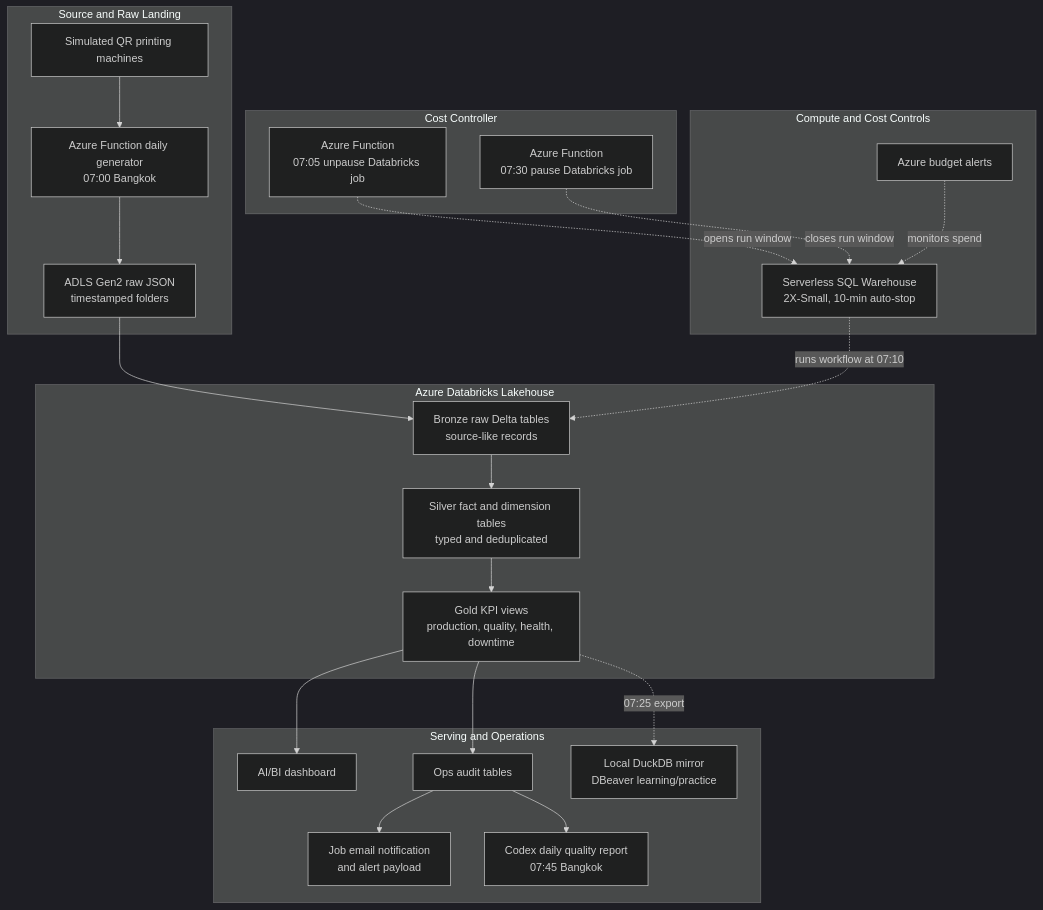
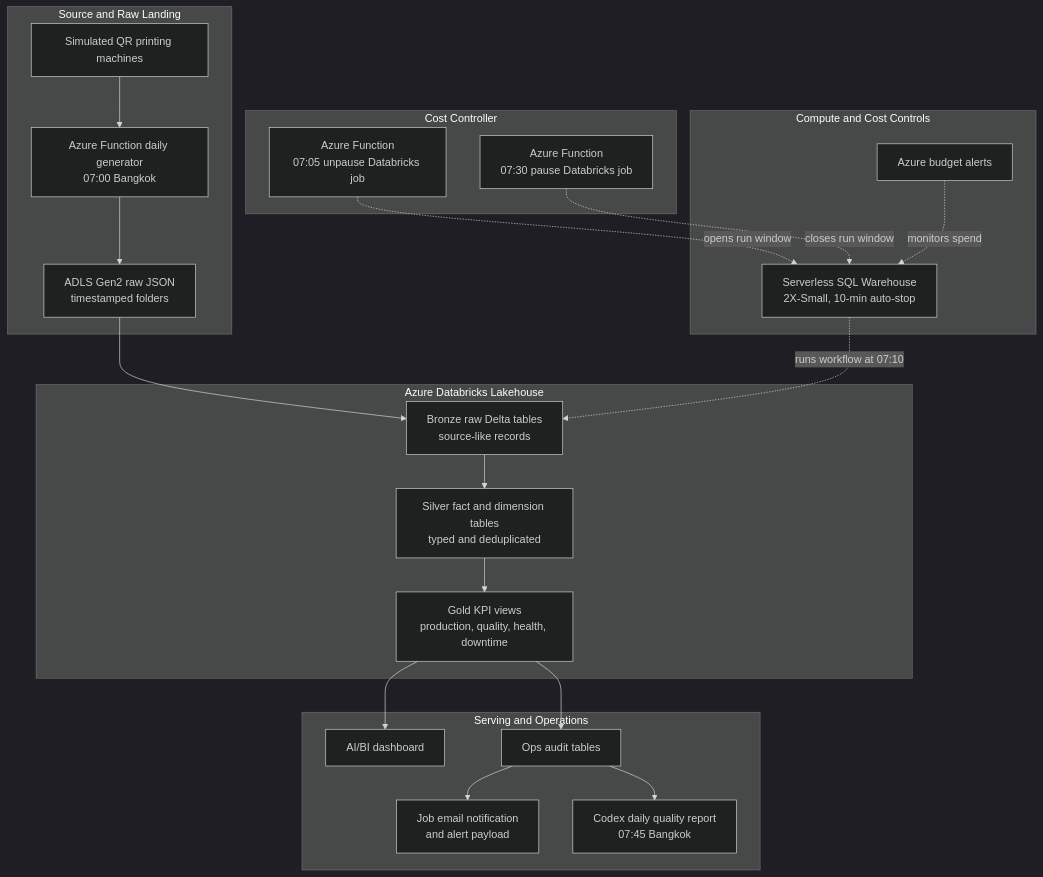
One commit to Tuaaut/Azure-Databrick-SQLDashboard-Project1 changed the diagram in README.md. Above: the diagram before and after it, drawn with Mermaid (dark theme). The commit also changed other lines of this file and 3 other files, not shown here.

Commit message:
Remove local mirror details from public docs

````diff
--- a/README.md
+++ b/README.md
@@ -47,43 +46,41 @@
 ```mermaid
 flowchart TB
     subgraph Source["Source and Raw Landing"]
         A["Simulated QR printing machines"]
         B["Azure Function daily generator<br/>07:00 Bangkok"]
         C["ADLS Gen2 raw JSON<br/>timestamped folders"]
         A --> B --> C
     end
 
     subgraph Controller["Cost Controller"]
         X["Azure Function<br/>07:05 unpause Databricks job"]
         Y["Azure Function<br/>07:30 pause Databricks job"]
     end
 
     subgraph Lakehouse["Azure Databricks Lakehouse"]
         D["Bronze raw Delta tables<br/>source-like records"]
         E["Silver fact and dimension tables<br/>typed and deduplicated"]
         F["Gold KPI views<br/>production, quality, health, downtime"]
         C --> D --> E --> F
     end
 
     subgraph Serving["Serving and Operations"]
         G["AI/BI dashboard"]
         H["Ops audit tables"]
         I["Job email notification<br/>and alert payload"]
-        M["Local DuckDB mirror<br/>DBeaver learning/practice"]
         Q["Codex daily quality report<br/>07:45 Bangkok"]
         F --> G
         F --> H --> I
-        F -. 07:25 export .-> M
         H --> Q
     end
 
     subgraph Compute["Compute and Cost Controls"]
         J["Serverless SQL Warehouse<br/>2X-Small, 10-min auto-stop"]
         L["Azure budget alerts"]
     end
 
     X -. opens run window .-> J
     J -. runs workflow at 07:10 .-> D
     Y -. closes run window .-> J
     L -. monitors spend .-> J
 ```
````
